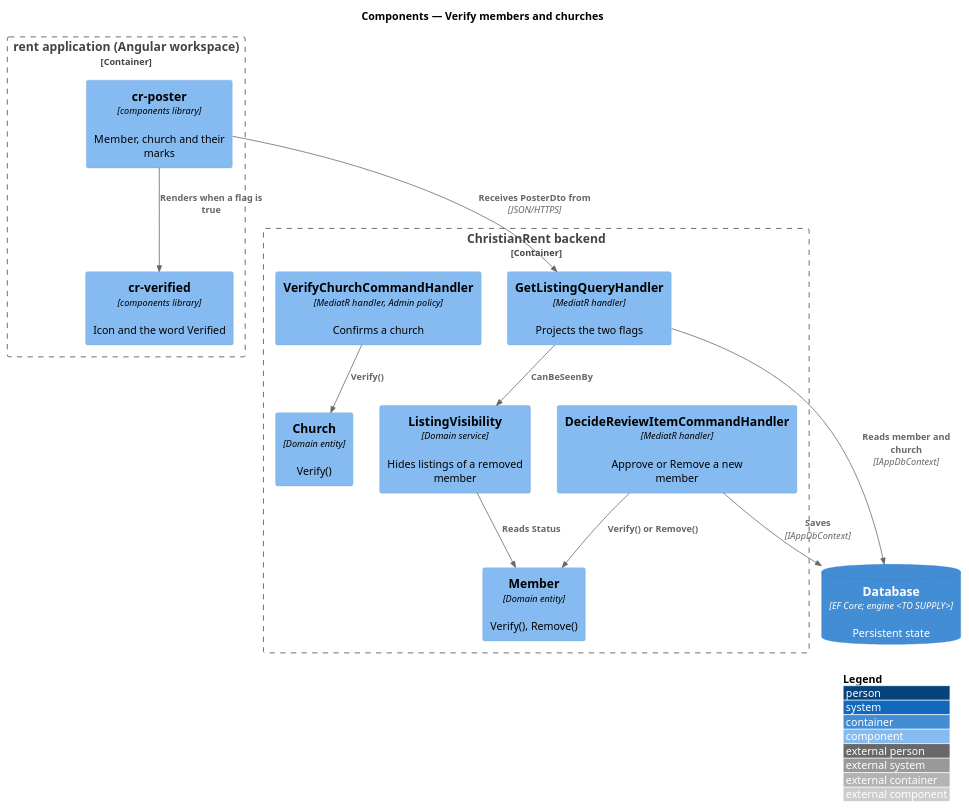
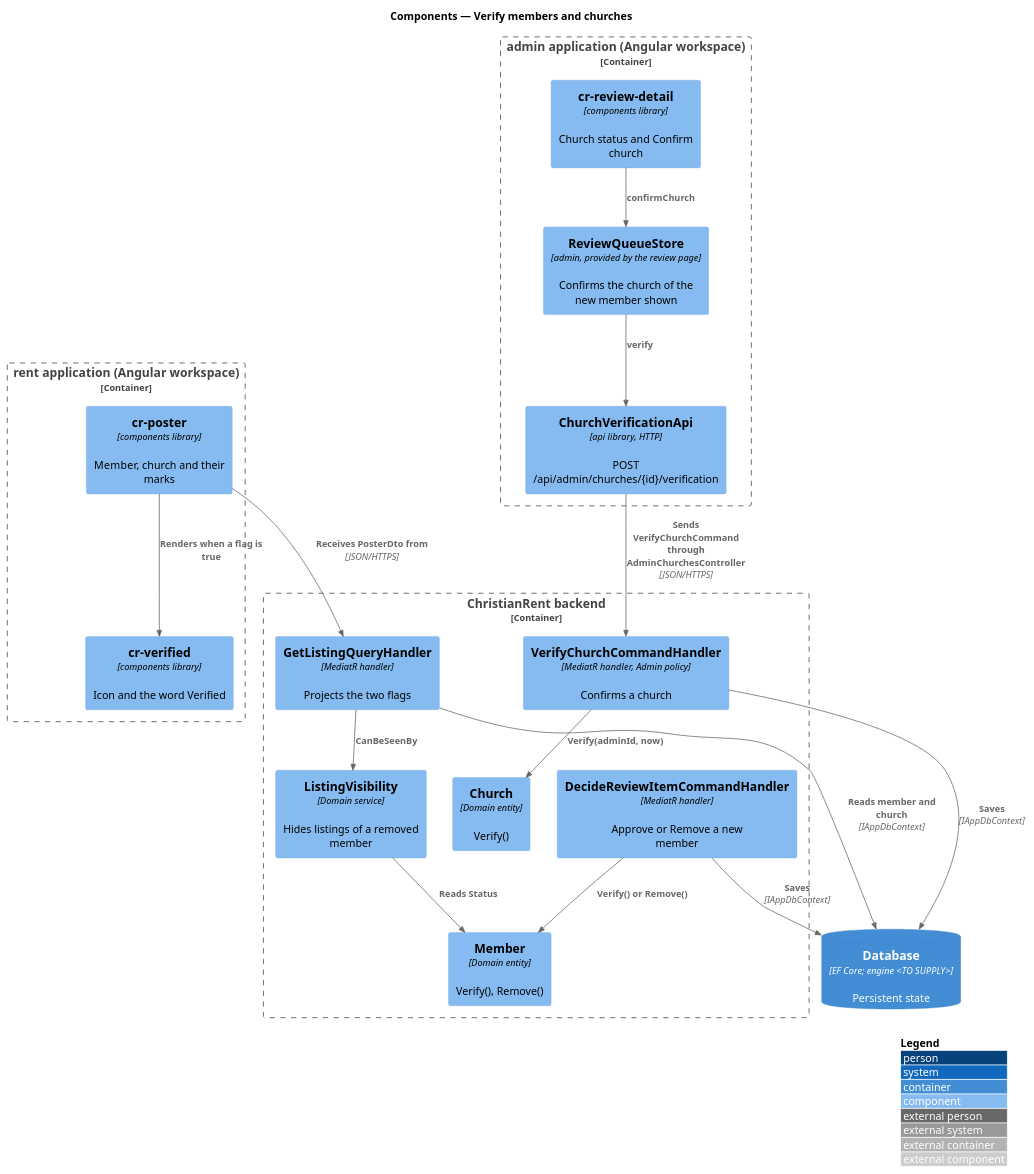
One commit to QuinntyneBrown/christian-rent changed the diagram in docs/detailed-designs/members/verify-members-and-churches/diagrams/c4-component.puml. Above: the diagram before and after it, drawn with PlantUML. The commit also changed 44 other files, not shown here.

First line of the commit message:
Draw "Confirm church" on the detail of a new member, and bring the requirements, ADR 0031 and the design in line

```diff
--- a/docs/detailed-designs/members/verify-members-and-churches/diagrams/c4-component.puml
+++ b/docs/detailed-designs/members/verify-members-and-churches/diagrams/c4-component.puml
@@ -1,27 +1,36 @@
 @startuml
 !include <C4/C4_Component>
 LAYOUT_WITH_LEGEND()
 title Components — Verify members and churches
 
 Container_Boundary(spa, "rent application (Angular workspace)") {
   Component(poster, "cr-poster", "components library", "Member, church and their marks")
   Component(mark, "cr-verified", "components library", "Icon and the word Verified")
+}
+Container_Boundary(admin, "admin application (Angular workspace)") {
+  Component(store, "ReviewQueueStore", "admin, provided by the review page", "Confirms the church of the new member shown")
+  Component(detail, "cr-review-detail", "components library", "Church status and Confirm church")
+  Component(client, "ChurchVerificationApi", "api library, HTTP", "POST /api/admin/churches/{id}/verification")
 }
 Container_Boundary(api, "ChristianRent backend") {
   Component(dec, "DecideReviewItemCommandHandler", "MediatR handler", "Approve or Remove a new member")
   Component(vch, "VerifyChurchCommandHandler", "MediatR handler, Admin policy", "Confirms a church")
   Component(get, "GetListingQueryHandler", "MediatR handler", "Projects the two flags")
   Component(vis, "ListingVisibility", "Domain service", "Hides listings of a removed member")
   Component(member, "Member", "Domain entity", "Verify(), Remove()")
   Component(church, "Church", "Domain entity", "Verify()")
 }
 ContainerDb(db, "Database", "EF Core; engine <TO SUPPLY>", "Persistent state")
 Rel(poster, mark, "Renders when a flag is true")
 Rel(poster, get, "Receives PosterDto from", "JSON/HTTPS")
 Rel(dec, member, "Verify() or Remove()")
-Rel(vch, church, "Verify()")
+Rel(vch, church, "Verify(adminId, now)")
+Rel(detail, store, "confirmChurch")
+Rel(store, client, "verify")
+Rel(client, vch, "Sends VerifyChurchCommand through AdminChurchesController", "JSON/HTTPS")
+Rel(vch, db, "Saves", "IAppDbContext")
 Rel(get, vis, "CanBeSeenBy")
 Rel(vis, member, "Reads Status")
 Rel(get, db, "Reads member and church", "IAppDbContext")
 Rel(dec, db, "Saves", "IAppDbContext")
 @enduml
```
